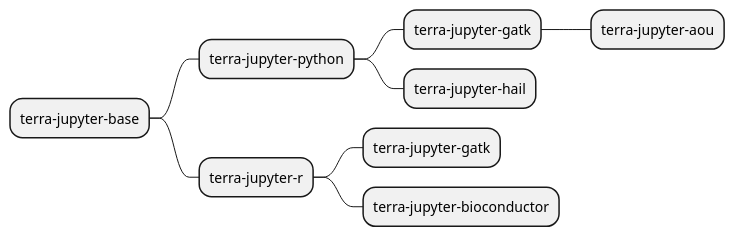
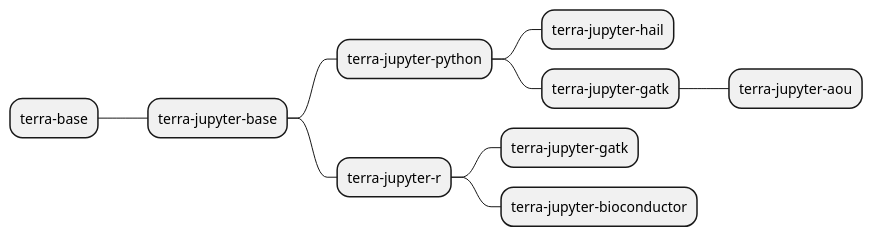
One commit to DataBiosphere/terra-docker changed the diagram in mind.puml. Above: the diagram before and after it, drawn with PlantUML. The commit also changed 20 other files, not shown here.

Commit message:
Use new base image as the base for the terra-jupyter-python

```diff
--- a/mind.puml
+++ b/mind.puml
@@ -1,10 +1,11 @@
 @startmindmap
-* terra-jupyter-base
-** terra-jupyter-python
-*** terra-jupyter-gatk
-**** terra-jupyter-aou
-*** terra-jupyter-hail
-** terra-jupyter-r
-*** terra-jupyter-gatk
-*** terra-jupyter-bioconductor
+* terra-base
+** terra-jupyter-base
+*** terra-jupyter-python
+**** terra-jupyter-hail
+**** terra-jupyter-gatk
+***** terra-jupyter-aou
+*** terra-jupyter-r
+**** terra-jupyter-gatk
+**** terra-jupyter-bioconductor
 @endmindmap
```
